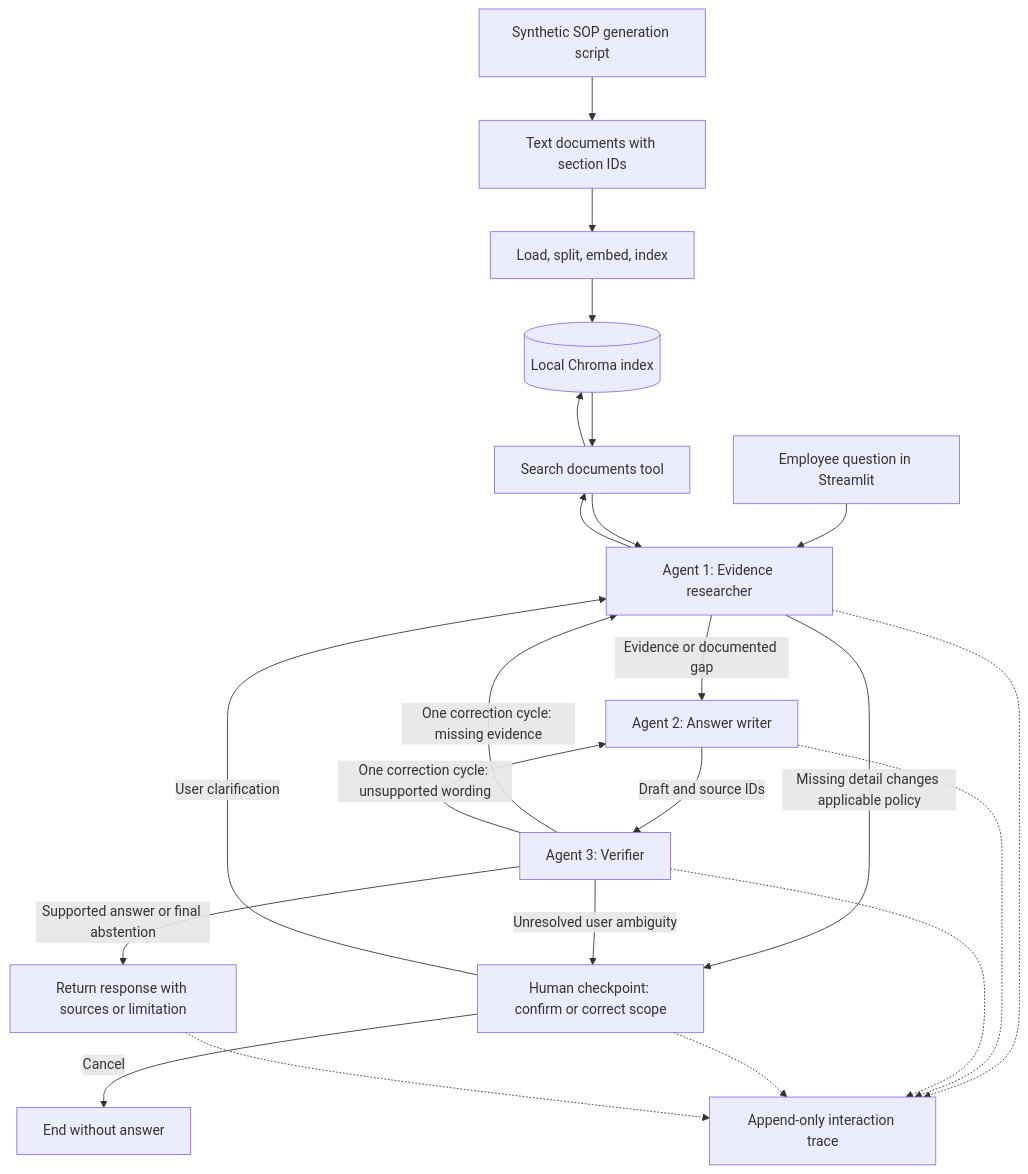
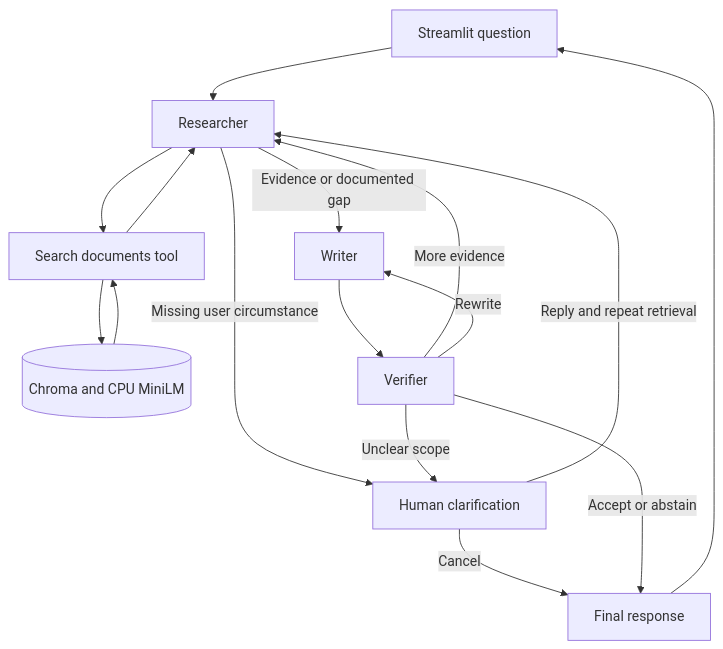
One commit to dev-abin/enterprise-policy-assistant changed the diagram in DESIGN.md. Above: the diagram before and after it, drawn with Mermaid. The commit also changed other lines of this file and 83 other files, not shown here.

````diff
--- a/DESIGN.md
+++ b/DESIGN.md
@@ -68,25 +13,18 @@
 ```mermaid
 flowchart TD
-    D[Synthetic SOP generation script] --> F[Text documents with section IDs]
-    F --> I[Load, split, embed, index]
-    I --> V[(Local Chroma index)]
-    Q[Employee question in Streamlit] --> R[Agent 1: Evidence researcher]
+    UI[Streamlit question] --> R[Researcher]
     R --> T[Search documents tool]
-    T --> V
-    V --> T
+    T --> DB[(Chroma and CPU MiniLM)]
+    DB --> T
     T --> R
-    R -->|Missing detail changes applicable policy| H[Human checkpoint: confirm or correct scope]
-    H -->|User clarification| R
-    H -->|Cancel| X[End without answer]
-    R -->|Evidence or documented gap| W[Agent 2: Answer writer]
-    W -->|Draft and source IDs| C[Agent 3: Verifier]
-    C -->|One correction cycle: missing evidence| R
-    C -->|One correction cycle: unsupported wording| W
-    C -->|Unresolved user ambiguity| H
-    C -->|Supported answer or final abstention| O[Return response with sources or limitation]
-    R -.-> L[Append-only interaction trace]
-    W -.-> L
-    C -.-> L
-    H -.-> L
-    O -.-> L
+    R -->|Evidence or documented gap| W[Writer]
+    R -->|Missing user circumstance| H[Human clarification]
+    H -->|Reply and repeat retrieval| R
+    H -->|Cancel| F[Final response]
+    W --> V[Verifier]
+    V -->|More evidence| R
+    V -->|Rewrite| W
+    V -->|Unclear scope| H
+    V -->|Accept or abstain| F
+    F --> UI
 ```
````
